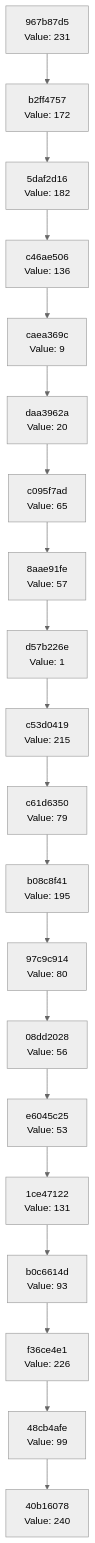
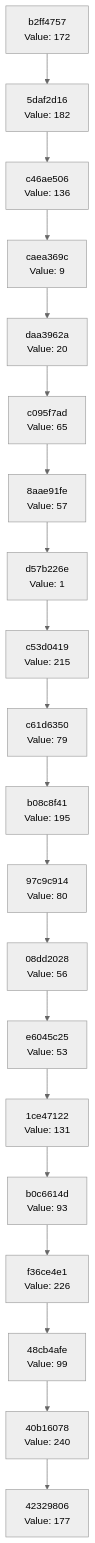
The diagram in docs/CHAIN_VISUALIZATION.md (Abhisheksinha1506/hash-chain-evolver), drawn with Mermaid (neutral theme) before and after one commit. The commit also changed 2 other files, not shown here.

Commit message:
Evolution step: hash 0xB1 → action executed

````diff
--- a/docs/CHAIN_VISUALIZATION.md
+++ b/docs/CHAIN_VISUALIZATION.md
@@ -3,42 +3,42 @@
 ```mermaid
 graph TD
-    C0["40b16078<br/>Value: 240"]
-    C1["48cb4afe<br/>Value: 99"]
+    C0["42329806<br/>Value: 177"]
+    C1["40b16078<br/>Value: 240"]
     C1 --> C0
-    C2["f36ce4e1<br/>Value: 226"]
+    C2["48cb4afe<br/>Value: 99"]
     C2 --> C1
-    C3["b0c6614d<br/>Value: 93"]
+    C3["f36ce4e1<br/>Value: 226"]
     C3 --> C2
-    C4["1ce47122<br/>Value: 131"]
+    C4["b0c6614d<br/>Value: 93"]
     C4 --> C3
-    C5["e6045c25<br/>Value: 53"]
+    C5["1ce47122<br/>Value: 131"]
     C5 --> C4
-    C6["08dd2028<br/>Value: 56"]
+    C6["e6045c25<br/>Value: 53"]
     C6 --> C5
-    C7["97c9c914<br/>Value: 80"]
+    C7["08dd2028<br/>Value: 56"]
     C7 --> C6
-    C8["b08c8f41<br/>Value: 195"]
+    C8["97c9c914<br/>Value: 80"]
     C8 --> C7
-    C9["c61d6350<br/>Value: 79"]
+    C9["b08c8f41<br/>Value: 195"]
     C9 --> C8
-    C10["c53d0419<br/>Value: 215"]
+    C10["c61d6350<br/>Value: 79"]
     C10 --> C9
-    C11["d57b226e<br/>Value: 1"]
+    C11["c53d0419<br/>Value: 215"]
     C11 --> C10
-    C12["8aae91fe<br/>Value: 57"]
+    C12["d57b226e<br/>Value: 1"]
     C12 --> C11
-    C13["c095f7ad<br/>Value: 65"]
+    C13["8aae91fe<br/>Value: 57"]
     C13 --> C12
-    C14["daa3962a<br/>Value: 20"]
+    C14["c095f7ad<br/>Value: 65"]
     C14 --> C13
-    C15["caea369c<br/>Value: 9"]
+    C15["daa3962a<br/>Value: 20"]
     C15 --> C14
-    C16["c46ae506<br/>Value: 136"]
+    C16["caea369c<br/>Value: 9"]
     C16 --> C15
-    C17["5daf2d16<br/>Value: 182"]
+    C17["c46ae506<br/>Value: 136"]
     C17 --> C16
-    C18["b2ff4757<br/>Value: 172"]
+    C18["5daf2d16<br/>Value: 182"]
     C18 --> C17
-    C19["967b87d5<br/>Value: 231"]
+    C19["b2ff4757<br/>Value: 172"]
     C19 --> C18
 ```
````
